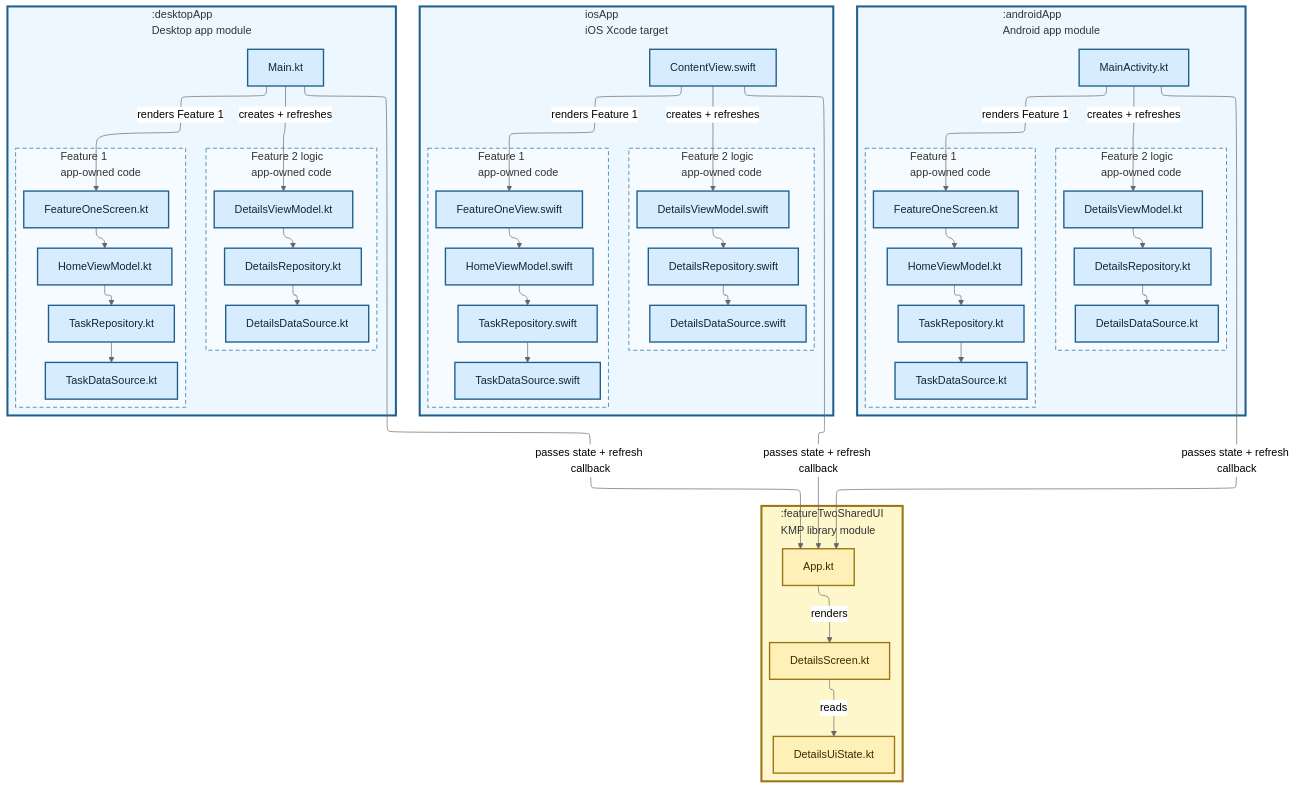
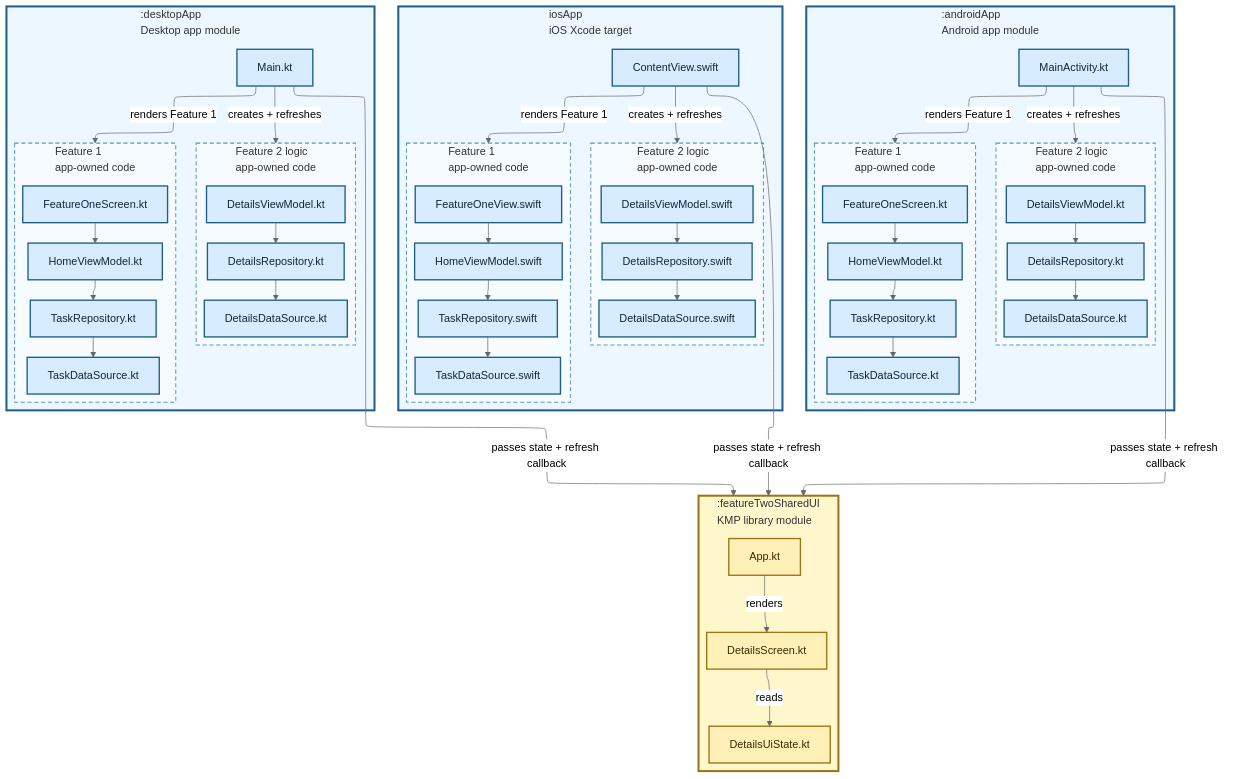
One commit to TheSetox/kmp-sample-diagrams changed the diagram in diagrams/12-modular-kmp-ui-layer.md. Above: the diagram before and after it, drawn with Mermaid (neutral theme). The commit also changed 38 other files, not shown here.

Commit message:
docs: clarify diagram typography and routing

```diff
--- a/diagrams/12-modular-kmp-ui-layer.md
+++ b/diagrams/12-modular-kmp-ui-layer.md
@@ -28,8 +28,8 @@
       ADetailsDataSource["DetailsDataSource.kt"]
       ADetailsVM --> ADetailsRepository --> ADetailsDataSource
     end
-    AEntry -->|"renders Feature 1"| AHomeUI
-    AEntry -->|"creates + refreshes"| ADetailsVM
+    AEntry -->|"renders Feature 1"| AFeatureOne
+    AEntry -->|"creates + refreshes"| AFeatureTwo
   end
 
   subgraph IOS["iosApp\niOS Xcode target"]
@@ -50,8 +50,8 @@
       IDetailsDataSource["DetailsDataSource.swift"]
       IDetailsVM --> IDetailsRepository --> IDetailsDataSource
     end
-    IEntry -->|"renders Feature 1"| IHomeUI
-    IEntry -->|"creates + refreshes"| IDetailsVM
+    IEntry -->|"renders Feature 1"| IFeatureOne
+    IEntry -->|"creates + refreshes"| IFeatureTwo
   end
 
   subgraph Desktop[":desktopApp\nDesktop app module"]
@@ -72,8 +72,8 @@
       DDetailsDataSource["DetailsDataSource.kt"]
       DDetailsVM --> DDetailsRepository --> DDetailsDataSource
     end
-    DEntry -->|"renders Feature 1"| DHomeUI
-    DEntry -->|"creates + refreshes"| DDetailsVM
+    DEntry -->|"renders Feature 1"| DFeatureOne
+    DEntry -->|"creates + refreshes"| DFeatureTwo
   end
 
   subgraph KMP[":featureTwoSharedUI\nKMP library module"]
@@ -85,9 +85,9 @@
     Screen -->|"reads"| State
   end
 
-  DEntry -->|"passes state + refresh callback"| App
-  IEntry -->|"passes state + refresh callback"| App
-  AEntry -->|"passes state + refresh callback"| App
+  DEntry -->|"passes state + refresh callback"| KMP
+  IEntry -->|"passes state + refresh callback"| KMP
+  AEntry -->|"passes state + refresh callback"| KMP
 
   classDef app fill:#d8ecff,stroke:#1f5f8b,color:#0f2738,stroke-width:2px;
   classDef kmp fill:#fff0b8,stroke:#9b7415,color:#3b2a00,stroke-width:2px;
```
